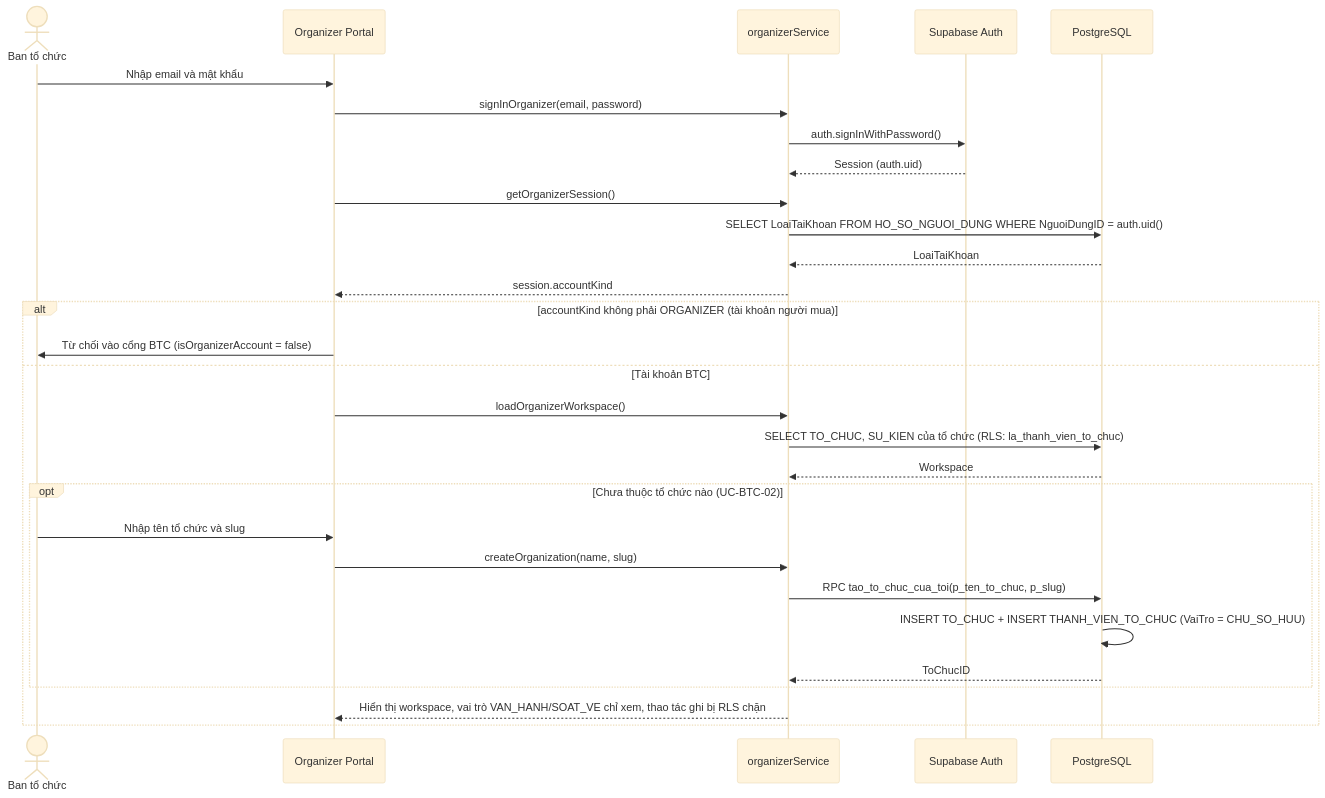
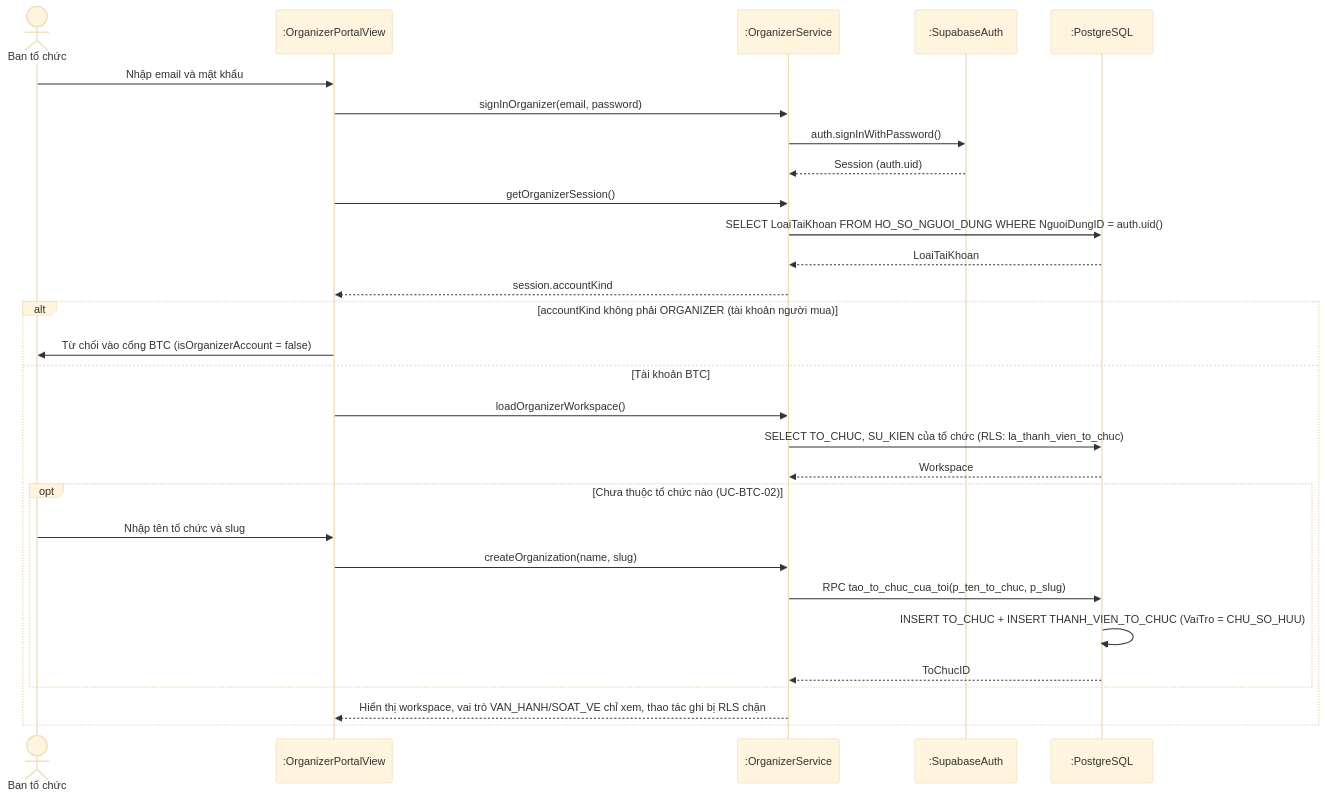
Before and after one commit to minhdc2011/EVENTTICKETING: diagram 12 of 16 in docs/sprint1-deliverables/02_ANALYSIS_AND_SYSTEM_DESIGN.md, drawn with Mermaid (base theme). The commit also changed other lines of this file, not shown here.

Commit message:
docs: add colon prefix to object lifelines in sequence diagrams

````diff
--- a/docs/sprint1-deliverables/02_ANALYSIS_AND_SYSTEM_DESIGN.md
+++ b/docs/sprint1-deliverables/02_ANALYSIS_AND_SYSTEM_DESIGN.md
@@ -884,32 +886,32 @@
 ```mermaid
 sequenceDiagram
   actor O as Ban tổ chức
-  participant UI as Organizer Portal
-  participant OS as organizerService
-  participant AUTH as Supabase Auth
-  participant DB as PostgreSQL
+  participant UI as :OrganizerPortalView
+  participant OS as :OrganizerService
+  participant AUTH as :SupabaseAuth
+  participant DB as :PostgreSQL
 
   O->>UI: Nhập email và mật khẩu
   UI->>OS: signInOrganizer(email, password)
   OS->>AUTH: auth.signInWithPassword()
   AUTH-->>OS: Session (auth.uid)
   UI->>OS: getOrganizerSession()
   OS->>DB: SELECT LoaiTaiKhoan FROM HO_SO_NGUOI_DUNG WHERE NguoiDungID = auth.uid()
   DB-->>OS: LoaiTaiKhoan
   OS-->>UI: session.accountKind
   alt accountKind không phải ORGANIZER (tài khoản người mua)
     UI->>O: Từ chối vào cổng BTC (isOrganizerAccount = false)
   else Tài khoản BTC
     UI->>OS: loadOrganizerWorkspace()
     OS->>DB: SELECT TO_CHUC, SU_KIEN của tổ chức (RLS: la_thanh_vien_to_chuc)
     DB-->>OS: Workspace
     opt Chưa thuộc tổ chức nào (UC-BTC-02)
       O->>UI: Nhập tên tổ chức và slug
       UI->>OS: createOrganization(name, slug)
       OS->>DB: RPC tao_to_chuc_cua_toi(p_ten_to_chuc, p_slug)
       DB->>DB: INSERT TO_CHUC + INSERT THANH_VIEN_TO_CHUC (VaiTro = CHU_SO_HUU)
       DB-->>OS: ToChucID
     end
     OS-->>UI: Hiển thị workspace, vai trò VAN_HANH/SOAT_VE chỉ xem, thao tác ghi bị RLS chặn
   end
 ```
````
